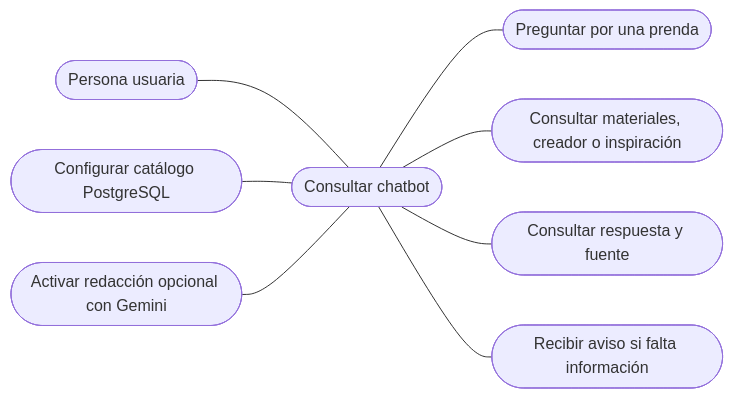
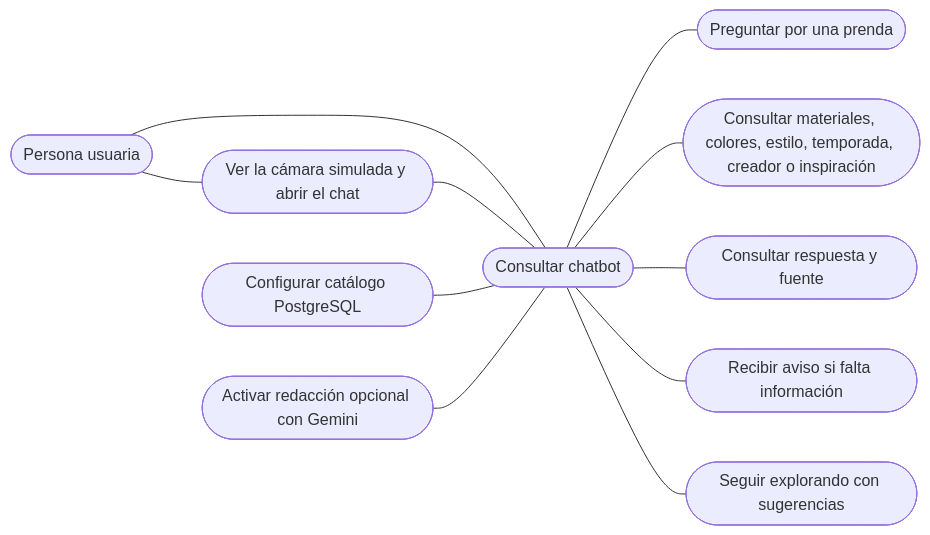
Before and after one commit to Migui777/FashionIA: the second of 4 diagrams in docs/diagramas-proyecto.md, drawn with Mermaid. The commit also changed other lines of this file and 5 other files, not shown here.

````diff
--- a/docs/diagramas-proyecto.md
+++ b/docs/diagramas-proyecto.md
@@ -37,19 +39,24 @@
 ```mermaid
 flowchart LR
     PERSONA([Persona usuaria])
     CHAT([Consultar chatbot])
     PREGUNTAR([Preguntar por una prenda])
-    DATOS([Consultar materiales, creador o inspiración])
+    DATOS([Consultar materiales, colores, estilo, temporada, creador o inspiración])
     FUENTE([Consultar respuesta y fuente])
     SIN_EVIDENCIA([Recibir aviso si falta información])
     POSTGRES([Configurar catálogo PostgreSQL])
     GEMINI([Activar redacción opcional con Gemini])
+    HOME([Ver la cámara simulada y abrir el chat])
+    EXPLORAR([Seguir explorando con sugerencias])
 
     PERSONA --- CHAT
     CHAT --- PREGUNTAR
     CHAT --- DATOS
     CHAT --- FUENTE
     CHAT --- SIN_EVIDENCIA
+    CHAT --- EXPLORAR
+    PERSONA --- HOME
+    HOME --- CHAT
     POSTGRES --- CHAT
     GEMINI --- CHAT
 ```
````
